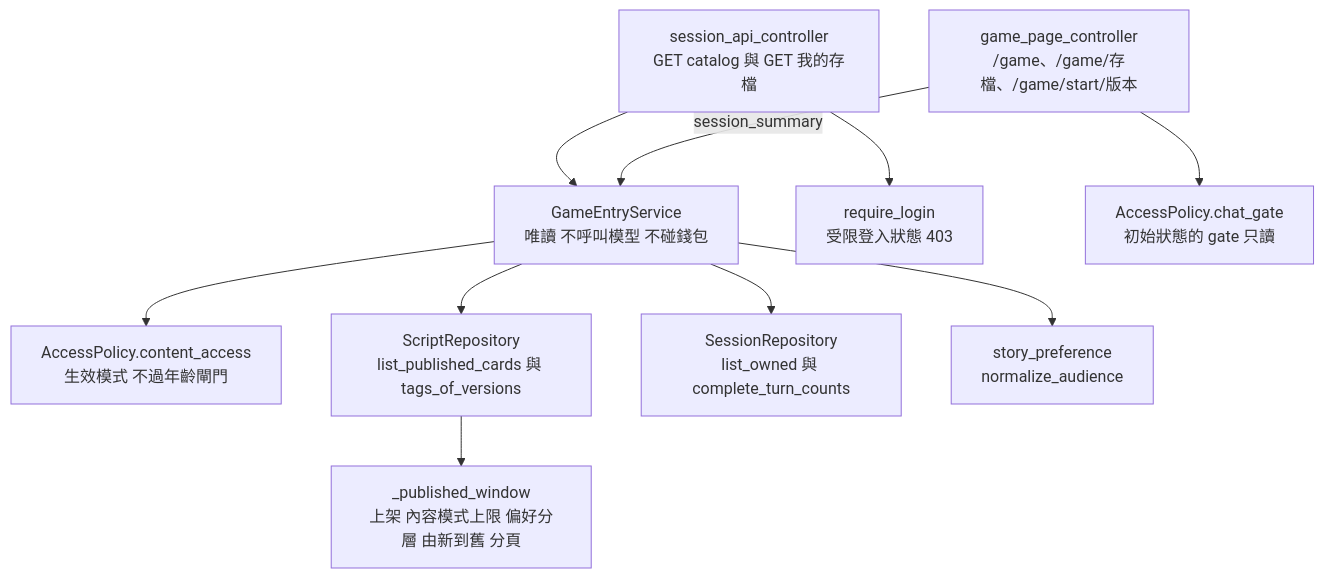
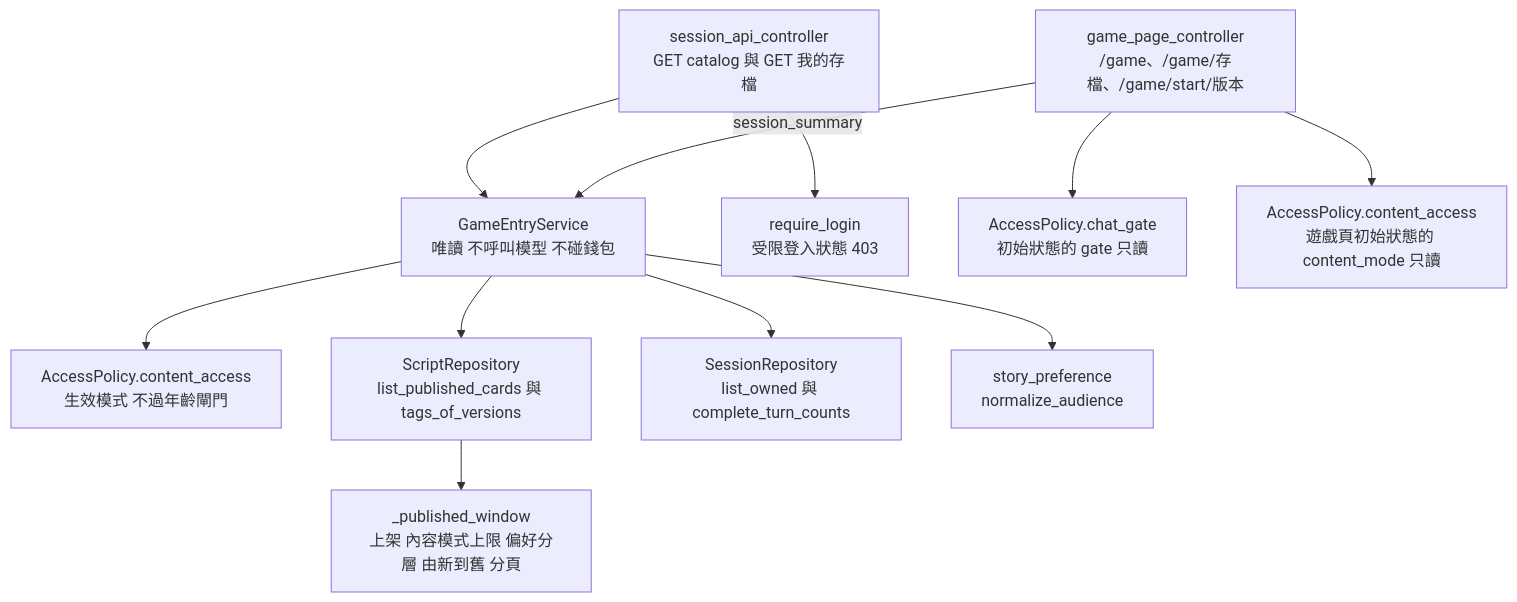
The fifth of 9 diagrams in docs/系統架構-architecture.md (pp466pp466/R.A.C), drawn with Mermaid before and after one commit. The commit also changed other lines of this file and 21 other files, not shown here.

````diff
--- a/docs/系統架構-architecture.md
+++ b/docs/系統架構-architecture.md
@@ -212,12 +213,13 @@
 ```mermaid
 flowchart TD
     Ctl["session_api_controller<br/>GET catalog 與 GET 我的存檔"] --> GSvc["GameEntryService<br/>唯讀 不呼叫模型 不碰錢包"]
     GSvc --> Pol["AccessPolicy.content_access<br/>生效模式 不過年齡閘門"]
     GSvc --> SR["ScriptRepository<br/>list_published_cards 與 tags_of_versions"]
     GSvc --> SessR["SessionRepository<br/>list_owned 與 complete_turn_counts"]
     GSvc --> Pref["story_preference<br/>normalize_audience"]
     SR --> Win["_published_window<br/>上架 內容模式上限 偏好分層 由新到舊 分頁"]
     Ctl --> Cur["require_login<br/>受限登入狀態 403"]
     Page["game_page_controller<br/>/game、/game/存檔、/game/start/版本"] -->|"session_summary"| GSvc
     Page --> Gate["AccessPolicy.chat_gate<br/>初始狀態的 gate 只讀"]
+    Page --> Mode["AccessPolicy.content_access<br/>遊戲頁初始狀態的 content_mode 只讀"]
 ```
````
